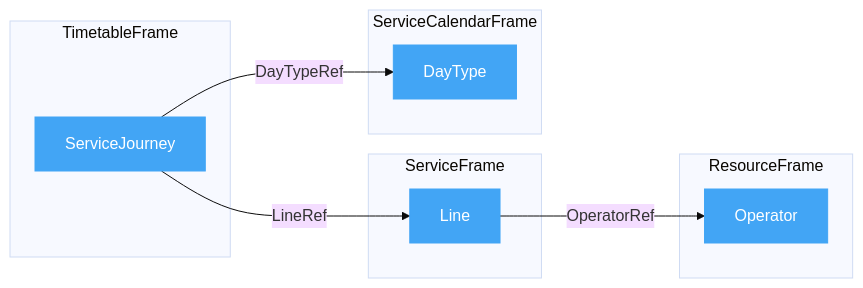
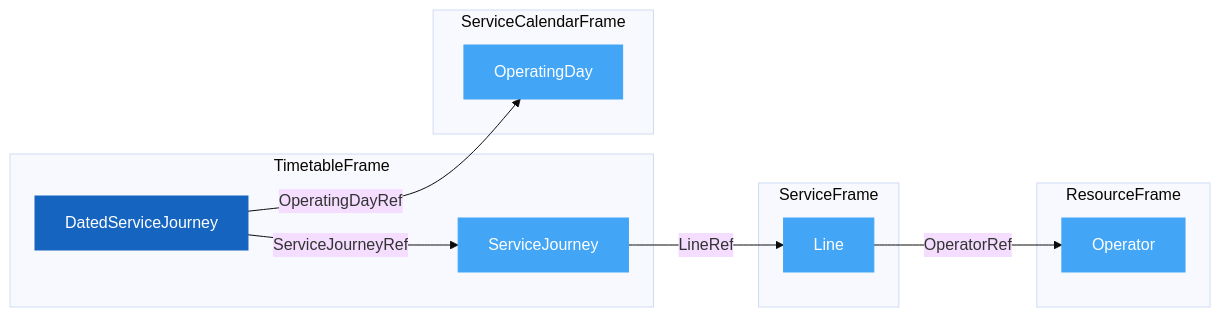
The third of 3 diagrams in Guides/GetStarted/GetStarted_Guide.md (hfjelstad/uic-netex-profile-workspace-full), drawn with Mermaid (base theme) before and after one commit. The commit also changed other lines of this file and 9 other files, not shown here.

````diff
--- a/Guides/GetStarted/GetStarted_Guide.md
+++ b/Guides/GetStarted/GetStarted_Guide.md
@@ -240,24 +236,27 @@
 ```mermaid
 flowchart LR
-    SJ["ServiceJourney"] -->|LineRef| L["Line"]
-    SJ -->|DayTypeRef| DT["DayType"]
+    DSJ["DatedServiceJourney"] -->|ServiceJourneyRef| SJ["ServiceJourney"]
+    DSJ -->|OperatingDayRef| OD["OperatingDay"]
+    SJ -->|LineRef| L["Line"]
     L -->|OperatorRef| OP["Operator"]
 
     subgraph TimetableFrame
+        DSJ
         SJ
     end
     subgraph ServiceFrame
         L
     end
     subgraph ServiceCalendarFrame
-        DT
+        OD
     end
     subgraph ResourceFrame
         OP
     end
 
+    style DSJ fill:#1565C0,stroke:#1565C0,color:#fff
     style SJ fill:#42A5F5,stroke:#42A5F5,color:#fff
     style L fill:#42A5F5,stroke:#42A5F5,color:#fff
-    style DT fill:#42A5F5,stroke:#42A5F5,color:#fff
+    style OD fill:#42A5F5,stroke:#42A5F5,color:#fff
     style OP fill:#42A5F5,stroke:#42A5F5,color:#fff
 ```
````
